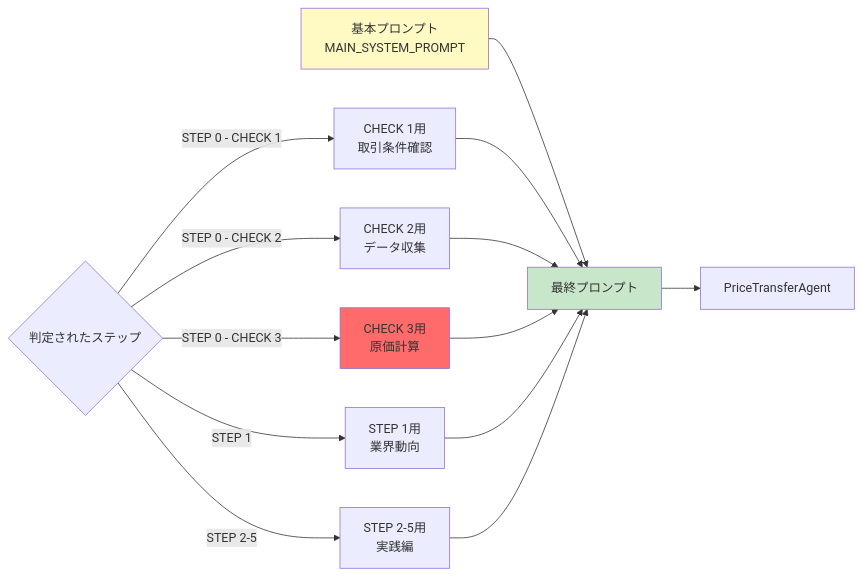
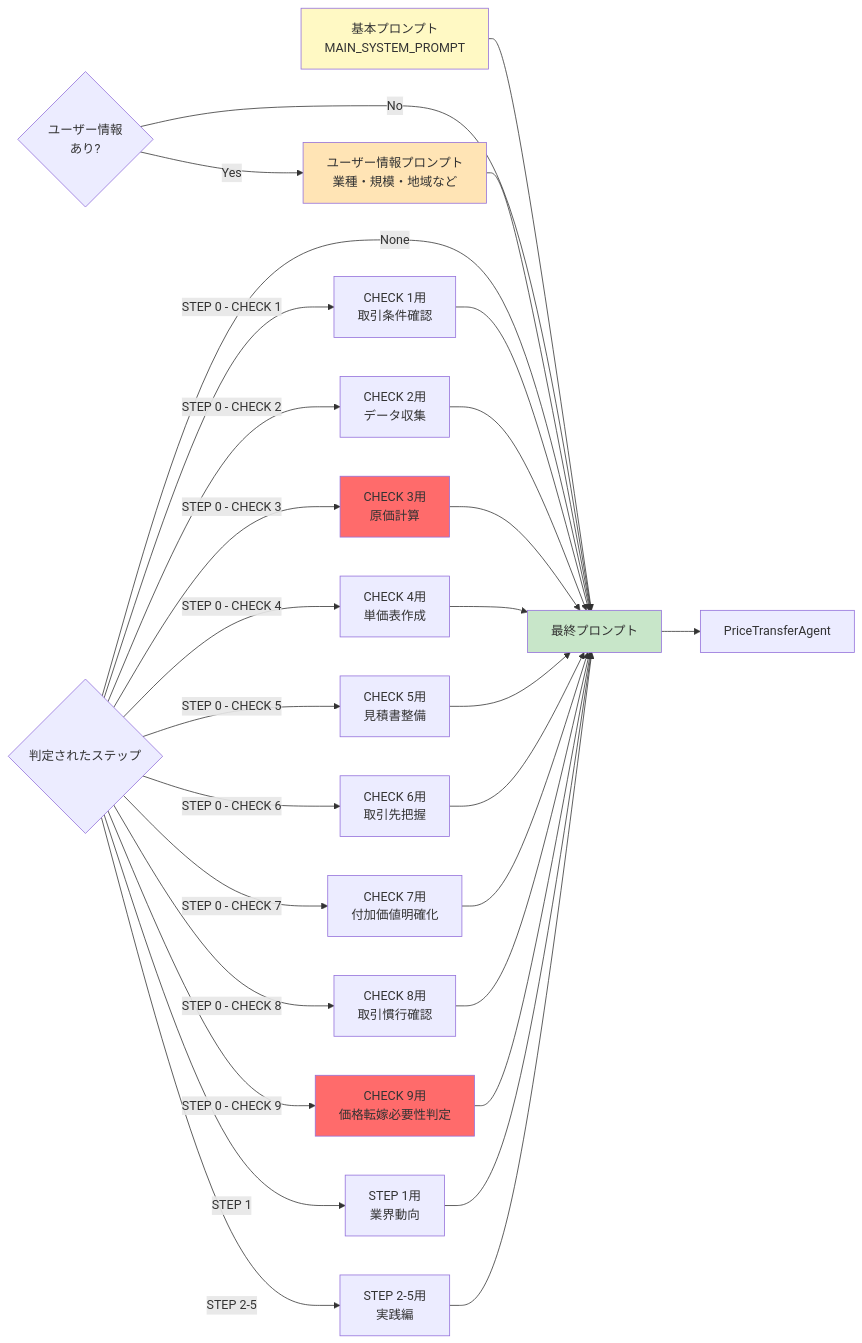
Before and after one commit to riku-to-koba/SME-Agency-Price-Transfer-Support-AI: the third of 8 diagrams in docs/ARCHITECTURE.md, drawn with Mermaid. The commit also changed other lines of this file and 1 other file, not shown here.

````diff
--- a/docs/ARCHITECTURE.md
+++ b/docs/ARCHITECTURE.md
@@ -84,22 +88,41 @@
 ```mermaid
 graph LR
     Base[基本プロンプト<br/>MAIN_SYSTEM_PROMPT] --> Final[最終プロンプト]
 
+    UserInfo{ユーザー情報<br/>あり?} -->|Yes| UI[ユーザー情報プロンプト<br/>業種・規模・地域など]
+    UserInfo -->|No| Final
+    UI --> Final
+
     Step{判定されたステップ} -->|STEP 0 - CHECK 1| C1[CHECK 1用<br/>取引条件確認]
     Step -->|STEP 0 - CHECK 2| C2[CHECK 2用<br/>データ収集]
     Step -->|STEP 0 - CHECK 3| C3[CHECK 3用<br/>原価計算]
+    Step -->|STEP 0 - CHECK 4| C4[CHECK 4用<br/>単価表作成]
+    Step -->|STEP 0 - CHECK 5| C5[CHECK 5用<br/>見積書整備]
+    Step -->|STEP 0 - CHECK 6| C6[CHECK 6用<br/>取引先把握]
+    Step -->|STEP 0 - CHECK 7| C7[CHECK 7用<br/>付加価値明確化]
+    Step -->|STEP 0 - CHECK 8| C8[CHECK 8用<br/>取引慣行確認]
+    Step -->|STEP 0 - CHECK 9| C9[CHECK 9用<br/>価格転嫁必要性判定]
     Step -->|STEP 1| S1[STEP 1用<br/>業界動向]
     Step -->|STEP 2-5| S2[STEP 2-5用<br/>実践編]
+    Step -->|None| Final
 
     C1 --> Final
     C2 --> Final
     C3 --> Final
+    C4 --> Final
+    C5 --> Final
+    C6 --> Final
+    C7 --> Final
+    C8 --> Final
+    C9 --> Final
     S1 --> Final
     S2 --> Final
 
     Final --> Agent[PriceTransferAgent]
 
     style Base fill:#FFF9C4
+    style UI fill:#FFE4B5
     style C3 fill:#FF6B6B
+    style C9 fill:#FF6B6B
     style Final fill:#C8E6C9
 ```
````
